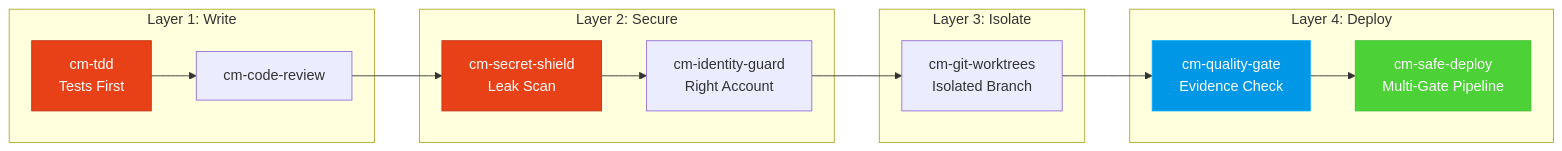
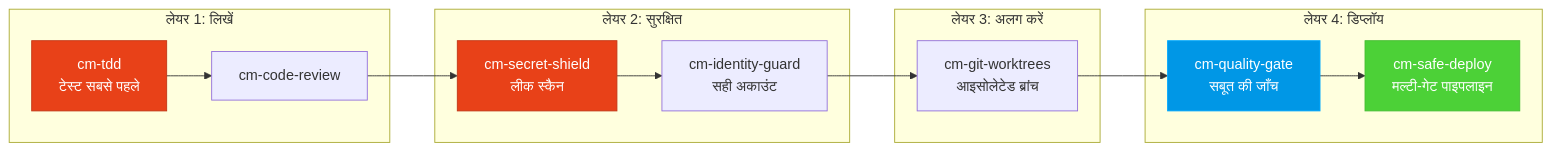
The third of 3 diagrams in README-hi.md (tody-agent/codymaster), drawn with Mermaid before and after one commit. The commit also changed other lines of this file and 3 other files, not shown here.

````diff
--- a/README-hi.md
+++ b/README-hi.md
@@ -109,19 +109,19 @@
 ```mermaid
 flowchart LR
-    subgraph "Layer 1: Write"
-        A["cm-tdd<br/>Tests First"] --> B["cm-code-review"]
+    subgraph "लेयर 1: लिखें"
+        A["cm-tdd<br/>टेस्ट सबसे पहले"] --> B["cm-code-review"]
     end
-    subgraph "Layer 2: Secure"
-        B --> C["cm-secret-shield<br/>Leak Scan"] --> D["cm-identity-guard<br/>Right Account"]
+    subgraph "लेयर 2: सुरक्षित"
+        B --> C["cm-secret-shield<br/>लीक स्कैन"] --> D["cm-identity-guard<br/>सही अकाउंट"]
     end
-    subgraph "Layer 3: Isolate"
-        D --> E["cm-git-worktrees<br/>Isolated Branch"]
+    subgraph "लेयर 3: अलग करें"
+        D --> E["cm-git-worktrees<br/>आइसोलेटेड ब्रांच"]
     end
-    subgraph "Layer 4: Deploy"
-        E --> F["cm-quality-gate<br/>Evidence Check"] --> G["cm-safe-deploy<br/>Multi-Gate Pipeline"]
+    subgraph "लेयर 4: डिप्लॉय"
+        E --> F["cm-quality-gate<br/>सबूत की जाँच"] --> G["cm-safe-deploy<br/>मल्टी-गेट पाइपलाइन"]
     end
     style A fill:#e84118,stroke:#c23616,color:#fff
     style C fill:#e84118,stroke:#c23616,color:#fff
     style F fill:#0097e6,stroke:#00a8ff,color:#fff
     style G fill:#4cd137,stroke:#44bd32,color:#fff
 ```
````
